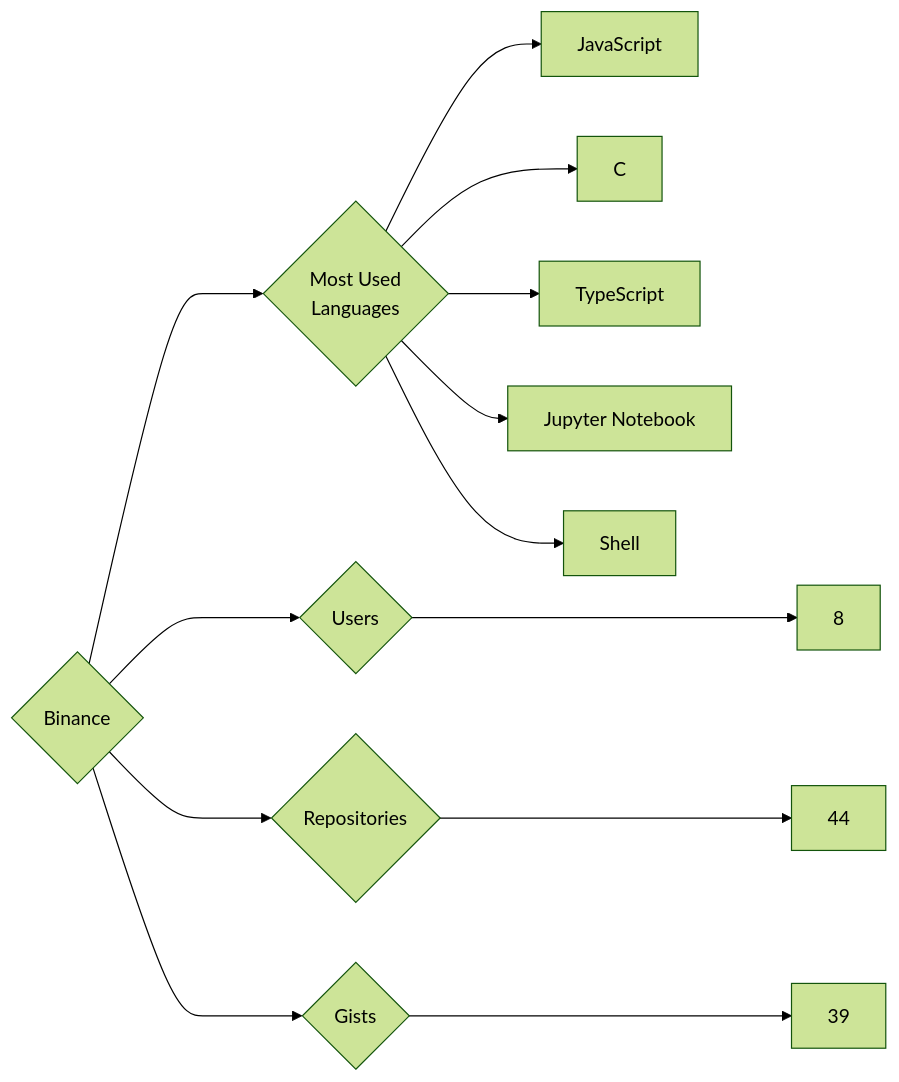
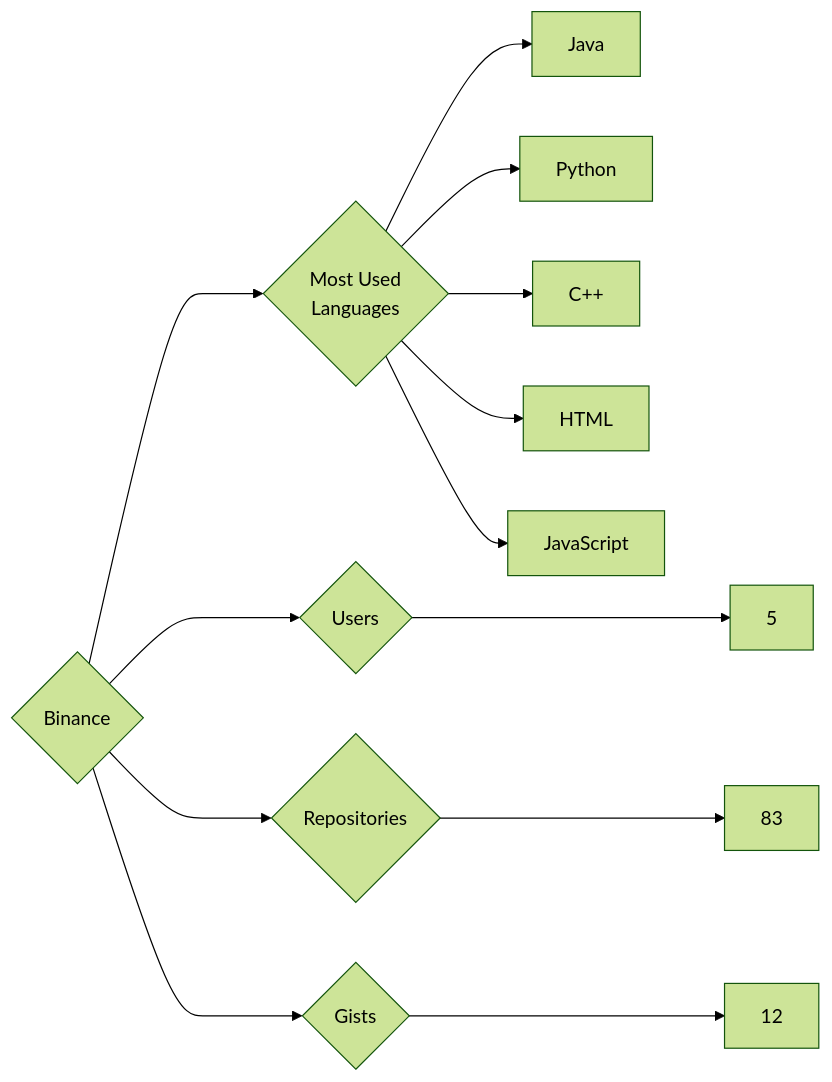
The diagram in targets/Binance/README.md (trickest/insiders), drawn with Mermaid (forest theme) before and after one commit. The commit also changed 745 other files, not shown here.

````diff
--- a/targets/Binance/README.md
+++ b/targets/Binance/README.md
@@ -3,13 +3,13 @@
 ```mermaid
 graph LR
 COMPANY_NAME{Binance}
-COMPANY_NAME ---> U{Users} ---> UN[8]
-COMPANY_NAME ---> R{Repositories} ---> RN[44]
-COMPANY_NAME ---> G{Gists} ---> GN[39]
+COMPANY_NAME ---> U{Users} ---> UN[5]
+COMPANY_NAME ---> R{Repositories} ---> RN[83]
+COMPANY_NAME ---> G{Gists} ---> GN[12]
 COMPANY_NAME ---> ML{Most Used<br>Languages}
+ML --> Java[Java]
+ML --> Python[Python]
+ML --> C++[C++]
+ML --> HTML[HTML]
 ML --> JavaScript[JavaScript]
-ML --> C[C]
-ML --> TypeScript[TypeScript]
-ML --> Jupyter_Notebook[Jupyter Notebook]
-ML --> Shell[Shell]
 ```
````
